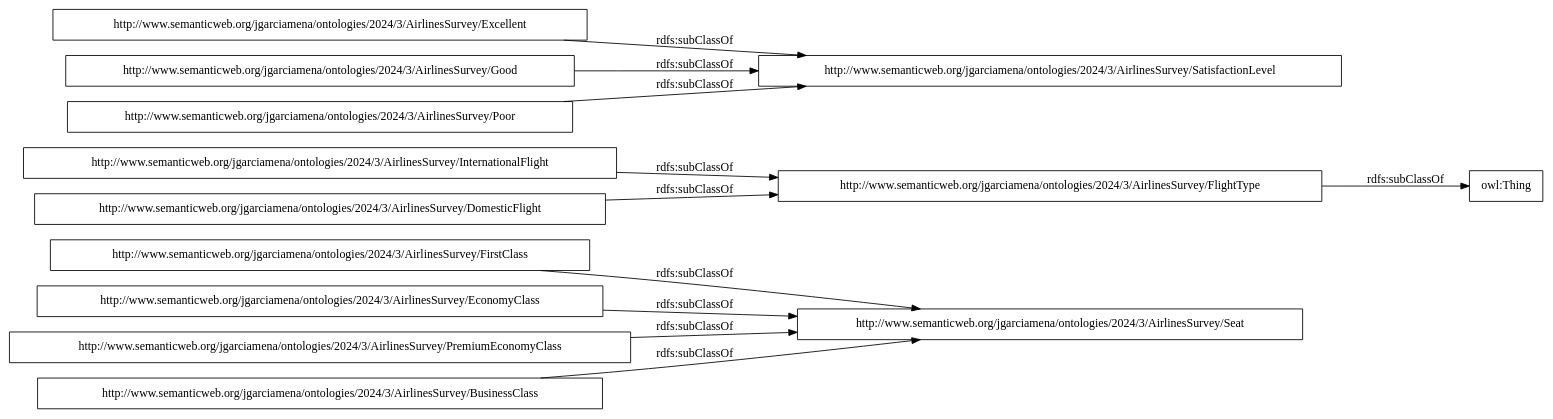
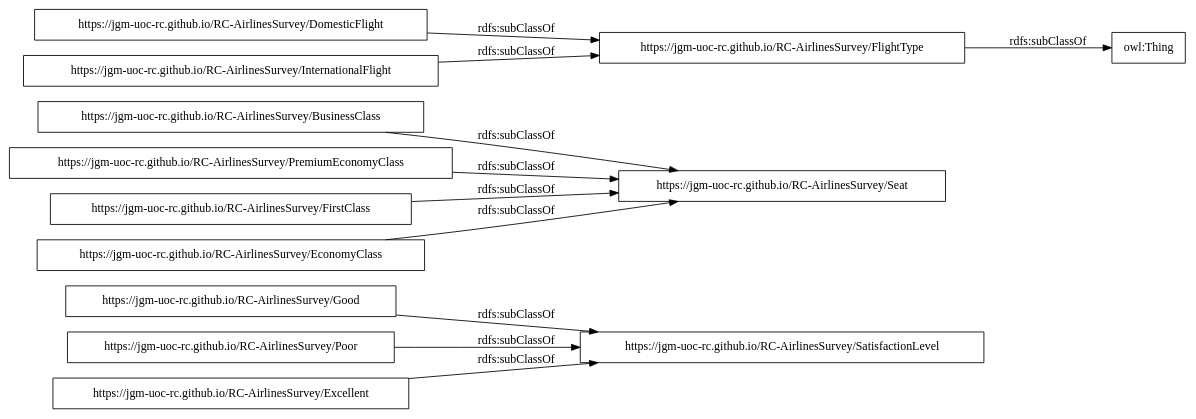
One commit to jgm-uoc-rc/RC-AirlinesSurvey changed the diagram in OnToology/ontology.ttl/diagrams/ar2dtool-taxonomy/ontology.ttl.png.dot. Above: the diagram before and after it, drawn with Graphviz. The commit also changed 35 other files, not shown here.

```diff
--- a/OnToology/ontology.ttl/diagrams/ar2dtool-taxonomy/ontology.ttl.png.dot
+++ b/OnToology/ontology.ttl/diagrams/ar2dtool-taxonomy/ontology.ttl.png.dot
@@ -1,16 +1,16 @@
 digraph ar2dtool_diagram { 
 rankdir=LR;
 size="1000"
-node [shape = rectangle, color="black"]; "http://www.semanticweb.org/jgarciamena/ontologies/2024/3/AirlinesSurvey/FirstClass" "http://www.semanticweb.org/jgarciamena/ontologies/2024/3/AirlinesSurvey/InternationalFlight" "http://www.semanticweb.org/jgarciamena/ontologies/2024/3/AirlinesSurvey/Excellent" "http://www.semanticweb.org/jgarciamena/ontologies/2024/3/AirlinesSurvey/DomesticFlight" "http://www.semanticweb.org/jgarciamena/ontologies/2024/3/AirlinesSurvey/FlightType" "http://www.semanticweb.org/jgarciamena/ontologies/2024/3/AirlinesSurvey/EconomyClass" "http://www.semanticweb.org/jgarciamena/ontologies/2024/3/AirlinesSurvey/Good" "http://www.semanticweb.org/jgarciamena/ontologies/2024/3/AirlinesSurvey/Seat" "http://www.semanticweb.org/jgarciamena/ontologies/2024/3/AirlinesSurvey/SatisfactionLevel" "http://www.semanticweb.org/jgarciamena/ontologies/2024/3/AirlinesSurvey/PremiumEconomyClass" "http://www.semanticweb.org/jgarciamena/ontologies/2024/3/AirlinesSurvey/Poor" "http://www.semanticweb.org/jgarciamena/ontologies/2024/3/AirlinesSurvey/BusinessClass" ; /*classes style*/
-	"http://www.semanticweb.org/jgarciamena/ontologies/2024/3/AirlinesSurvey/Poor" -> "http://www.semanticweb.org/jgarciamena/ontologies/2024/3/AirlinesSurvey/SatisfactionLevel" [ label = "rdfs:subClassOf" ];
-	"http://www.semanticweb.org/jgarciamena/ontologies/2024/3/AirlinesSurvey/DomesticFlight" -> "http://www.semanticweb.org/jgarciamena/ontologies/2024/3/AirlinesSurvey/FlightType" [ label = "rdfs:subClassOf" ];
-	"http://www.semanticweb.org/jgarciamena/ontologies/2024/3/AirlinesSurvey/Excellent" -> "http://www.semanticweb.org/jgarciamena/ontologies/2024/3/AirlinesSurvey/SatisfactionLevel" [ label = "rdfs:subClassOf" ];
-	"http://www.semanticweb.org/jgarciamena/ontologies/2024/3/AirlinesSurvey/FirstClass" -> "http://www.semanticweb.org/jgarciamena/ontologies/2024/3/AirlinesSurvey/Seat" [ label = "rdfs:subClassOf" ];
-	"http://www.semanticweb.org/jgarciamena/ontologies/2024/3/AirlinesSurvey/Good" -> "http://www.semanticweb.org/jgarciamena/ontologies/2024/3/AirlinesSurvey/SatisfactionLevel" [ label = "rdfs:subClassOf" ];
-	"http://www.semanticweb.org/jgarciamena/ontologies/2024/3/AirlinesSurvey/PremiumEconomyClass" -> "http://www.semanticweb.org/jgarciamena/ontologies/2024/3/AirlinesSurvey/Seat" [ label = "rdfs:subClassOf" ];
-	"http://www.semanticweb.org/jgarciamena/ontologies/2024/3/AirlinesSurvey/BusinessClass" -> "http://www.semanticweb.org/jgarciamena/ontologies/2024/3/AirlinesSurvey/Seat" [ label = "rdfs:subClassOf" ];
-	"http://www.semanticweb.org/jgarciamena/ontologies/2024/3/AirlinesSurvey/FlightType" -> "owl:Thing" [ label = "rdfs:subClassOf" ];
-	"http://www.semanticweb.org/jgarciamena/ontologies/2024/3/AirlinesSurvey/InternationalFlight" -> "http://www.semanticweb.org/jgarciamena/ontologies/2024/3/AirlinesSurvey/FlightType" [ label = "rdfs:subClassOf" ];
-	"http://www.semanticweb.org/jgarciamena/ontologies/2024/3/AirlinesSurvey/EconomyClass" -> "http://www.semanticweb.org/jgarciamena/ontologies/2024/3/AirlinesSurvey/Seat" [ label = "rdfs:subClassOf" ];
+node [shape = rectangle, color="black"]; "https://jgm-uoc-rc.github.io/RC-AirlinesSurvey/Good" "https://jgm-uoc-rc.github.io/RC-AirlinesSurvey/BusinessClass" "https://jgm-uoc-rc.github.io/RC-AirlinesSurvey/SatisfactionLevel" "https://jgm-uoc-rc.github.io/RC-AirlinesSurvey/DomesticFlight" "https://jgm-uoc-rc.github.io/RC-AirlinesSurvey/Poor" "https://jgm-uoc-rc.github.io/RC-AirlinesSurvey/PremiumEconomyClass" "https://jgm-uoc-rc.github.io/RC-AirlinesSurvey/FirstClass" "https://jgm-uoc-rc.github.io/RC-AirlinesSurvey/Seat" "https://jgm-uoc-rc.github.io/RC-AirlinesSurvey/EconomyClass" "https://jgm-uoc-rc.github.io/RC-AirlinesSurvey/InternationalFlight" "https://jgm-uoc-rc.github.io/RC-AirlinesSurvey/FlightType" "https://jgm-uoc-rc.github.io/RC-AirlinesSurvey/Excellent" ; /*classes style*/
+	"https://jgm-uoc-rc.github.io/RC-AirlinesSurvey/Poor" -> "https://jgm-uoc-rc.github.io/RC-AirlinesSurvey/SatisfactionLevel" [ label = "rdfs:subClassOf" ];
+	"https://jgm-uoc-rc.github.io/RC-AirlinesSurvey/DomesticFlight" -> "https://jgm-uoc-rc.github.io/RC-AirlinesSurvey/FlightType" [ label = "rdfs:subClassOf" ];
+	"https://jgm-uoc-rc.github.io/RC-AirlinesSurvey/PremiumEconomyClass" -> "https://jgm-uoc-rc.github.io/RC-AirlinesSurvey/Seat" [ label = "rdfs:subClassOf" ];
+	"https://jgm-uoc-rc.github.io/RC-AirlinesSurvey/Good" -> "https://jgm-uoc-rc.github.io/RC-AirlinesSurvey/SatisfactionLevel" [ label = "rdfs:subClassOf" ];
+	"https://jgm-uoc-rc.github.io/RC-AirlinesSurvey/FlightType" -> "owl:Thing" [ label = "rdfs:subClassOf" ];
+	"https://jgm-uoc-rc.github.io/RC-AirlinesSurvey/EconomyClass" -> "https://jgm-uoc-rc.github.io/RC-AirlinesSurvey/Seat" [ label = "rdfs:subClassOf" ];
+	"https://jgm-uoc-rc.github.io/RC-AirlinesSurvey/Excellent" -> "https://jgm-uoc-rc.github.io/RC-AirlinesSurvey/SatisfactionLevel" [ label = "rdfs:subClassOf" ];
+	"https://jgm-uoc-rc.github.io/RC-AirlinesSurvey/InternationalFlight" -> "https://jgm-uoc-rc.github.io/RC-AirlinesSurvey/FlightType" [ label = "rdfs:subClassOf" ];
+	"https://jgm-uoc-rc.github.io/RC-AirlinesSurvey/BusinessClass" -> "https://jgm-uoc-rc.github.io/RC-AirlinesSurvey/Seat" [ label = "rdfs:subClassOf" ];
+	"https://jgm-uoc-rc.github.io/RC-AirlinesSurvey/FirstClass" -> "https://jgm-uoc-rc.github.io/RC-AirlinesSurvey/Seat" [ label = "rdfs:subClassOf" ];
 
 }
```
